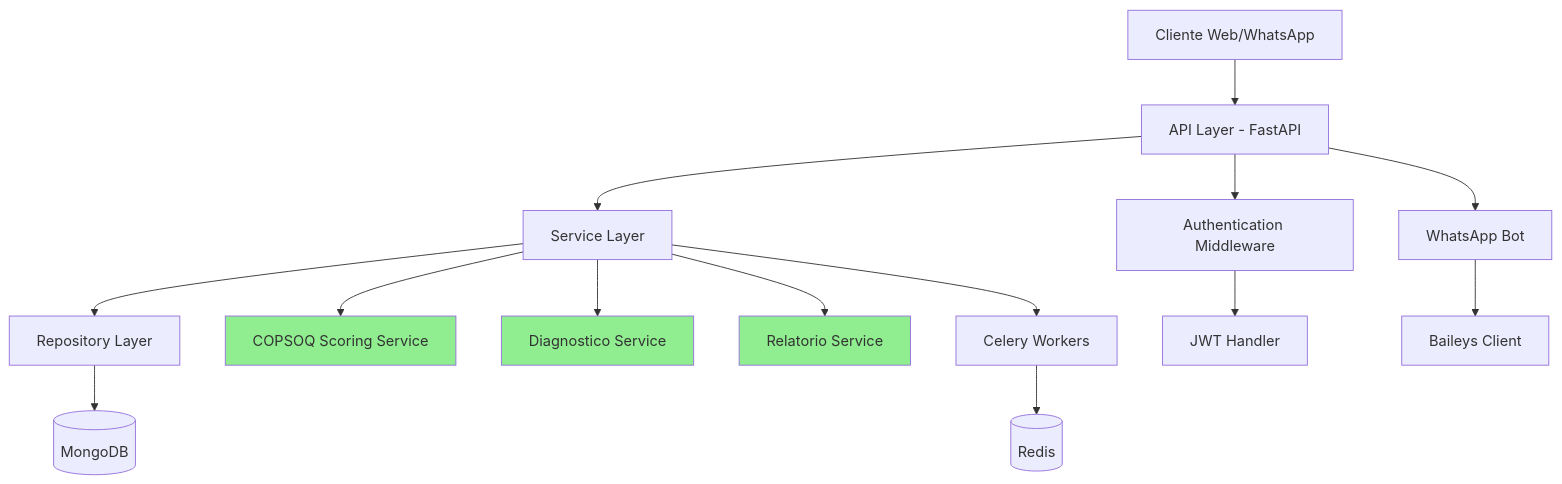
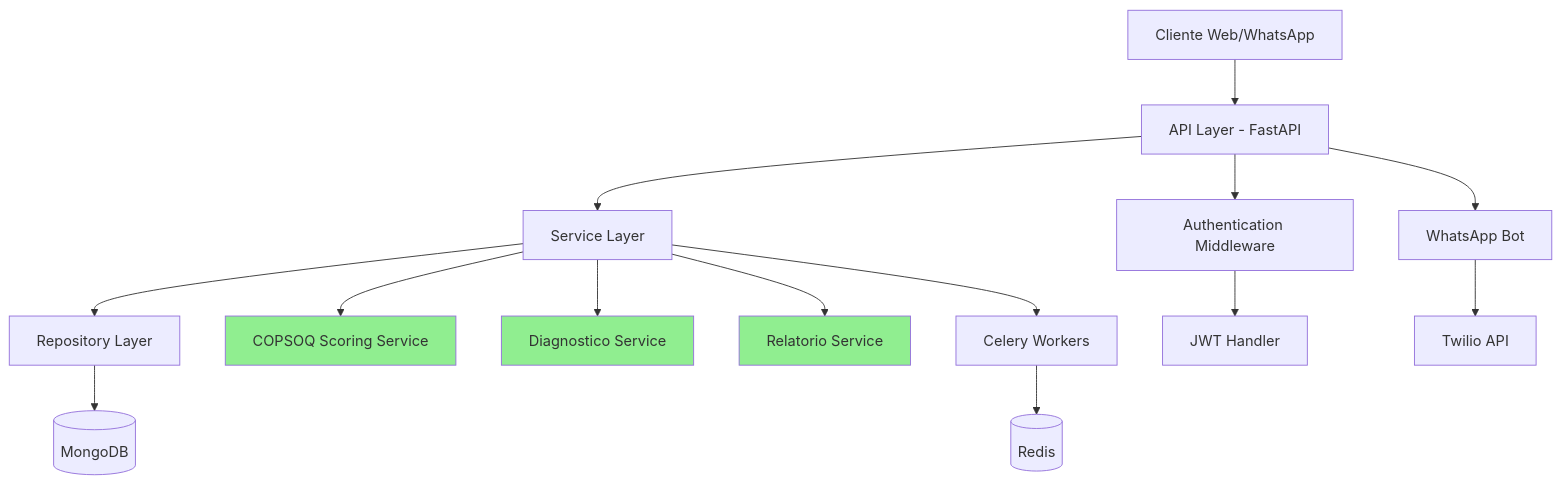
The first of 2 diagrams in docs/backend/ARQUITETURA.md (OrganizeMe-LuzIA/LuzIA), drawn with Mermaid before and after one commit. The commit also changed other lines of this file and 10 other files, not shown here.

````diff
--- a/docs/backend/ARQUITETURA.md
+++ b/docs/backend/ARQUITETURA.md
@@ -29,24 +29,24 @@
 ```mermaid
 graph TB
     Client[Cliente Web/WhatsApp] --> API[API Layer - FastAPI]
     API --> Services[Service Layer]
     Services --> Repos[Repository Layer]
     Repos --> DB[(MongoDB)]
     
     API --> Auth[Authentication Middleware]
     Auth --> JWT[JWT Handler]
     
     Services --> COPSOQ[COPSOQ Scoring Service]
     Services --> Diag[Diagnostico Service]
     Services --> Rel[Relatorio Service]
     
     API --> Bot[WhatsApp Bot]
-    Bot --> Baileys[Baileys Client]
+    Bot --> Twilio[Twilio API]
     
     Services --> Workers[Celery Workers]
     Workers --> Redis[(Redis)]
     
     style COPSOQ fill:#90EE90
     style Diag fill:#90EE90
     style Rel fill:#90EE90
 ```
````
